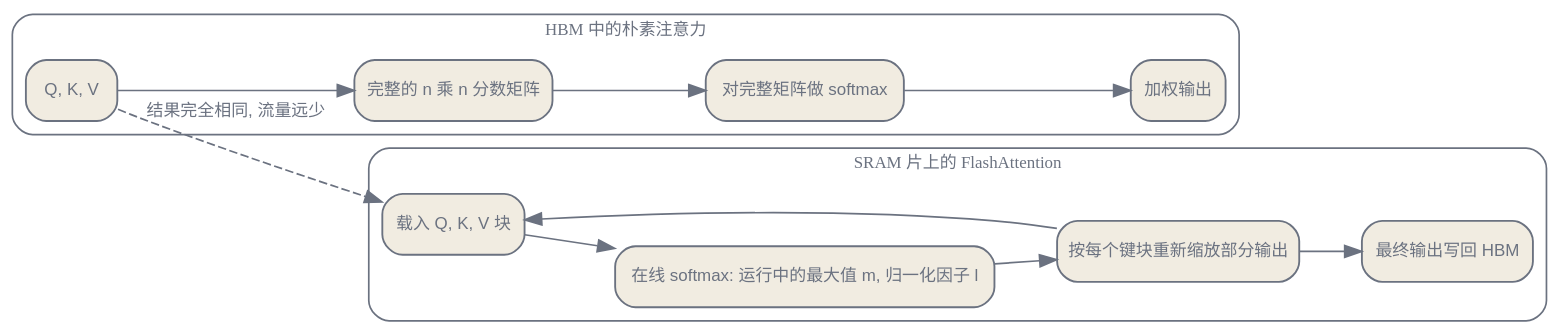
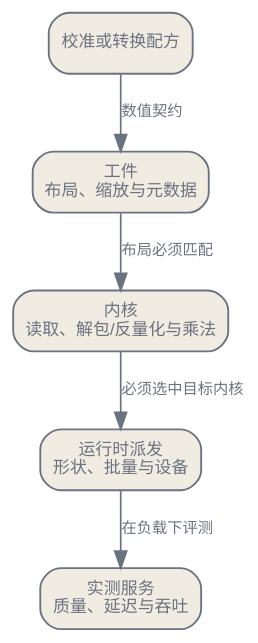
Before and after one commit to latere-ai/ai-as-an-infrastructure: the first of 2 diagrams in zh/inference/04-quantization-kernels.qmd, drawn with Graphviz. The commit also changed other lines of this file and 2 other files, not shown here.

Commit message:
docs: rewrite Chinese quantization and kernels chapter

````diff
--- a/zh/inference/04-quantization-kernels.qmd
+++ b/zh/inference/04-quantization-kernels.qmd
@@ -87,35 +181,20 @@
 ```{dot}
-//| label: fig-quantization-kernels-flashattention
-//| fig-cap: "朴素注意力把完整的分数矩阵经 HBM 写出再读回，而 FlashAttention 让 Q、K、V 块流经 SRAM，维护一个运行中的最大值与归一化因子，使该矩阵从不落入 HBM。据 Dao et al. (2022)。"
+//| label: fig-quantization-execution-path
+//| fig-cap: "只有工件布局、可执行内核与运行时派发彼此一致，压缩才能转化为服务结果。每个边界都必须实测，不能从格式名称推断。"
 digraph {
   bgcolor="transparent";
-  rankdir=LR;
+  rankdir=TB;
   nodesep=0.4; ranksep=0.5;
   node [shape=box, style="rounded,filled", fontname="Helvetica", fontsize=10, color="#6b7280", fontcolor="#6b7280", fillcolor="#f1ece1", penwidth=1.1];
-  edge [fontsize=10, fontname="Helvetica", color="#6b7280", fontcolor="#6b7280"];
-  subgraph cluster_HBM_naive {
-    label="HBM 中的朴素注意力";
-    style=rounded; color="#6b7280"; fontcolor="#6b7280"; fontsize=10;
-    QN [label="Q, K, V"];
-    SC [label="完整的 n 乘 n 分数矩阵"];
-    SM [label="对完整矩阵做 softmax"];
-    ON [label="加权输出"];
-    QN -> SC;
-    SC -> SM;
-    SM -> ON;
-  }
-  subgraph cluster_SRAM {
-    label="SRAM 片上的 FlashAttention";
-    style=rounded; color="#6b7280"; fontcolor="#6b7280"; fontsize=10;
-    TILE [label="载入 Q, K, V 块"];
-    ONLINE [label="在线 softmax: 运行中的最大值 m, 归一化因子 l"];
-    RESCALE [label="按每个键块重新缩放部分输出"];
-    OUT [label="最终输出写回 HBM"];
-    TILE -> ONLINE;
-    ONLINE -> RESCALE;
-    RESCALE -> TILE;
-    RESCALE -> OUT;
-  }
-  QN -> TILE [style=dashed, label="结果完全相同, 流量远少"];
+  edge [fontsize=9, fontname="Helvetica", color="#6b7280", fontcolor="#6b7280"];
+  A [label="校准或转换配方"];
+  B [label="工件\n布局、缩放与元数据"];
+  C [label="内核\n读取、解包/反量化与乘法"];
+  D [label="运行时派发\n形状、批量与设备"];
+  E [label="实测服务\n质量、延迟与吞吐"];
+  A -> B [label="数值契约"];
+  B -> C [label="布局必须匹配"];
+  C -> D [label="必须选中目标内核"];
+  D -> E [label="在负载下评测"];
 }
 ```
````
